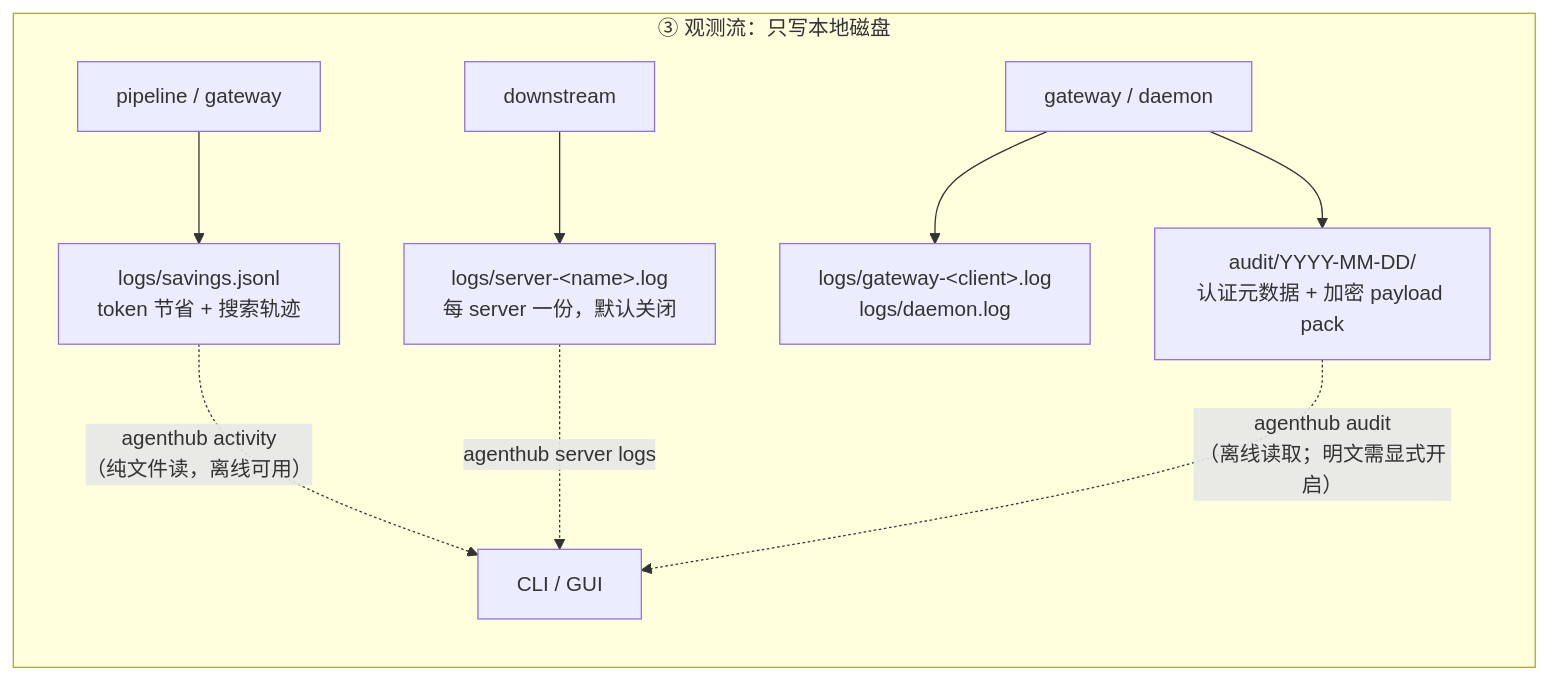
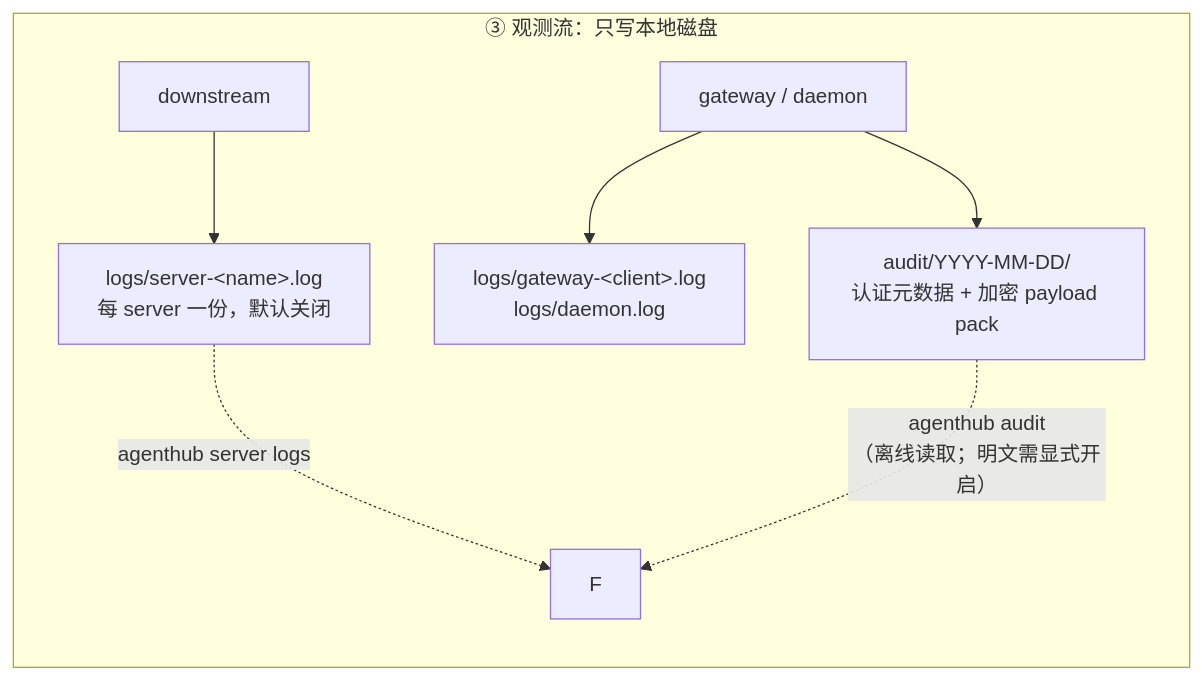
The sixth of 8 diagrams in docs/zh-CN/architecture.md (dinstein/agent-hub), drawn with Mermaid before and after one commit. The commit also changed other lines of this file and 5 other files, not shown here.

First line of the commit message:
docs: drop the token-savings ledger from the documented surface

````diff
--- a/docs/zh-CN/architecture.md
+++ b/docs/zh-CN/architecture.md
@@ -257,12 +256,10 @@
 ```mermaid
 flowchart LR
     subgraph obs["③ 观测流：只写本地磁盘"]
-        P["pipeline / gateway"] --> A3["logs/savings.jsonl<br/>token 节省 + 搜索轨迹"]
         DSX["downstream"] --> A4["logs/server-&lt;name&gt;.log<br/>每 server 一份，默认关闭"]
         GW["gateway / daemon"] --> A5["logs/gateway-&lt;client&gt;.log<br/>logs/daemon.log"]
         GW --> A6["audit/YYYY-MM-DD/<br/>认证元数据 + 加密 payload pack"]
-        A3 -.->|"agenthub activity<br/>（纯文件读，离线可用）"| F["CLI / GUI"]
         A4 -.->|"agenthub server logs"| F
         A6 -.->|"agenthub audit<br/>（离线读取；明文需显式开启）"| F
     end
 ```
````
